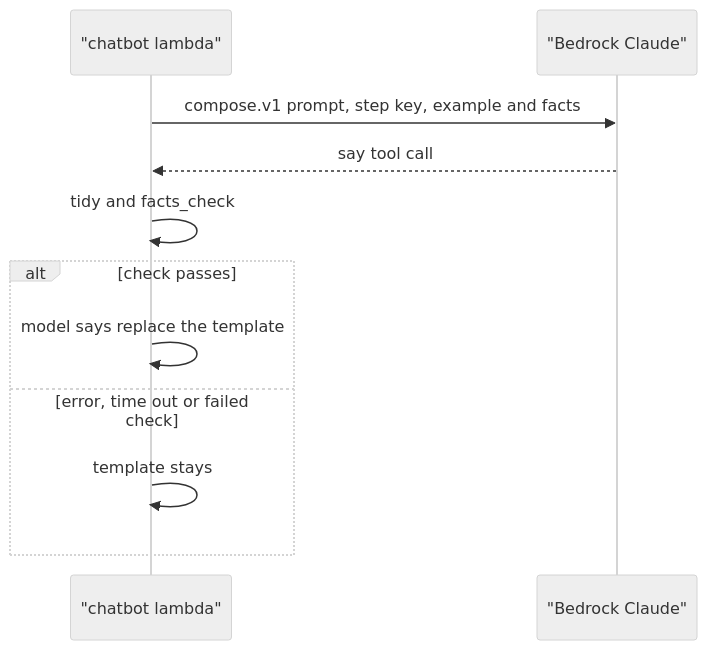
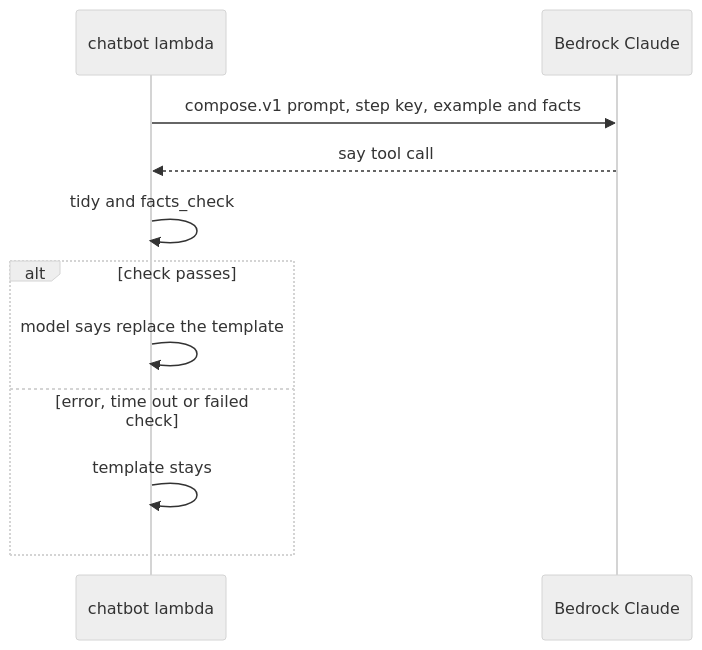
The seventh of 17 diagrams in docs/modules/assistant/flows.md (Team-ACGS/factored-hackathon-2026-acgs), drawn with Mermaid (neutral theme) before and after one commit. The commit also changed other lines of this file and 6 other files, not shown here.

Commit message:
docs(assistant,cases,data,identity,messaging): reviewer findings on flows and readme, round 2

````diff
--- a/docs/modules/assistant/flows.md
+++ b/docs/modules/assistant/flows.md
@@ -260,13 +268,13 @@
 ```mermaid
 sequenceDiagram
-  participant Chatbot as "chatbot lambda"
-  participant Bedrock as "Bedrock Claude"
+  participant Chatbot as chatbot lambda
+  participant Bedrock as Bedrock Claude
   Chatbot->>Bedrock: compose.v1 prompt, step key, example and facts
   Bedrock-->>Chatbot: say tool call
   Chatbot->>Chatbot: tidy and facts_check
   alt check passes
     Chatbot->>Chatbot: model says replace the template
   else error, time out or failed check
     Chatbot->>Chatbot: template stays
   end
 ```
````
